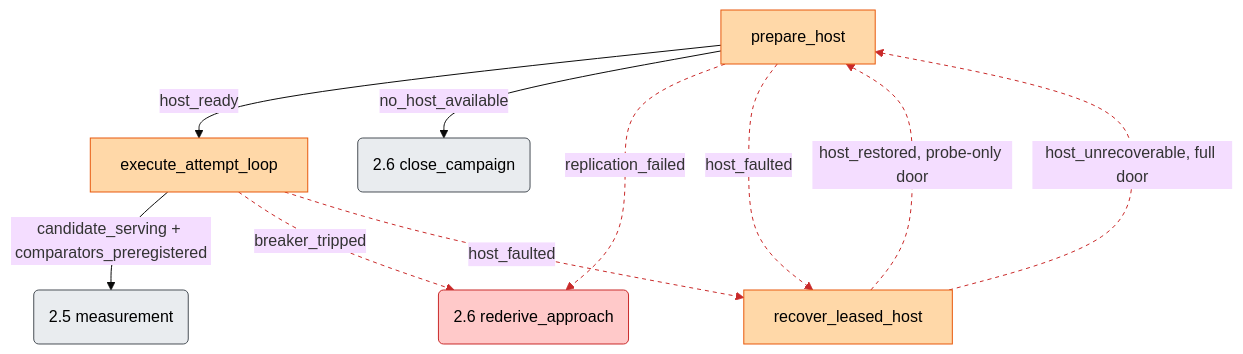
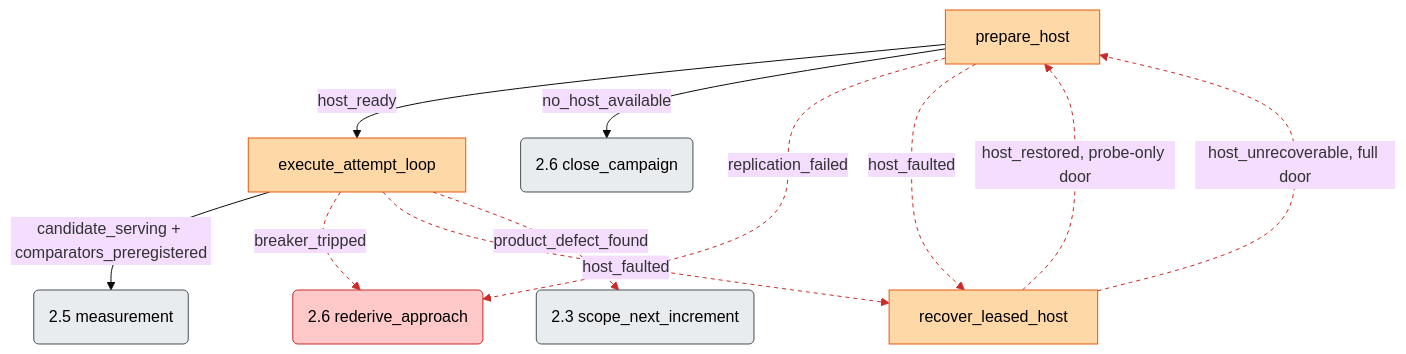
Before and after one commit to jinhuang12/pave: the fifth of 7 diagrams in generated-plugins/vllm-neuron-parity/README.md, drawn with Mermaid (base theme). The commit also changed other lines of this file and 25 other files, not shown here.

First line of the commit message:
Release 1.6.0: vllm-neuron-parity graph revisions 15-16

````diff
--- a/generated-plugins/vllm-neuron-parity/README.md
+++ b/generated-plugins/vllm-neuron-parity/README.md
@@ -313,24 +310,25 @@
 ```mermaid
 flowchart TD
   ph[prepare_host] -->|host_ready| eal[execute_attempt_loop]
   ph -->|no_host_available| close(2.6 close_campaign)
   ph -->|replication_failed| rede(2.6 rederive_approach)
   ph -->|host_faulted| rlh[recover_leased_host]
   eal -->|candidate_serving + comparators_preregistered| meas(2.5 measurement)
   eal -->|breaker_tripped| rede
   eal -->|host_faulted| rlh
+  eal -->|product_defect_found| sni(2.3 scope_next_increment)
   rlh -->|host_restored, probe-only door| ph
   rlh -->|host_unrecoverable, full door| ph
   class ph,eal,rlh cImpl
   class rede cRec
-  class close,meas cGate
+  class close,meas,sni cGate
   classDef cInv fill:#cfe2ff,stroke:#1971c2,color:#000
   classDef cImpl fill:#ffd8a8,stroke:#e8590c,color:#000
   classDef cMeas fill:#d3f9d8,stroke:#2f9e44,color:#000
   classDef cAdj fill:#e5dbff,stroke:#7048e8,color:#000
   classDef cRev fill:#fcc2d7,stroke:#d6336c,color:#000
   classDef cRec fill:#ffc9c9,stroke:#c92a2a,color:#000
   classDef cGate fill:#e9ecef,stroke:#495057,color:#000
   classDef cEnd fill:#dee2e6,stroke:#868e96,color:#000
-  linkStyle 2,3,5,6,7,8 stroke:#c92a2a,stroke-dasharray:4
+  linkStyle 2,3,5,6,7,8,9 stroke:#c92a2a,stroke-dasharray:4
 ```
````
